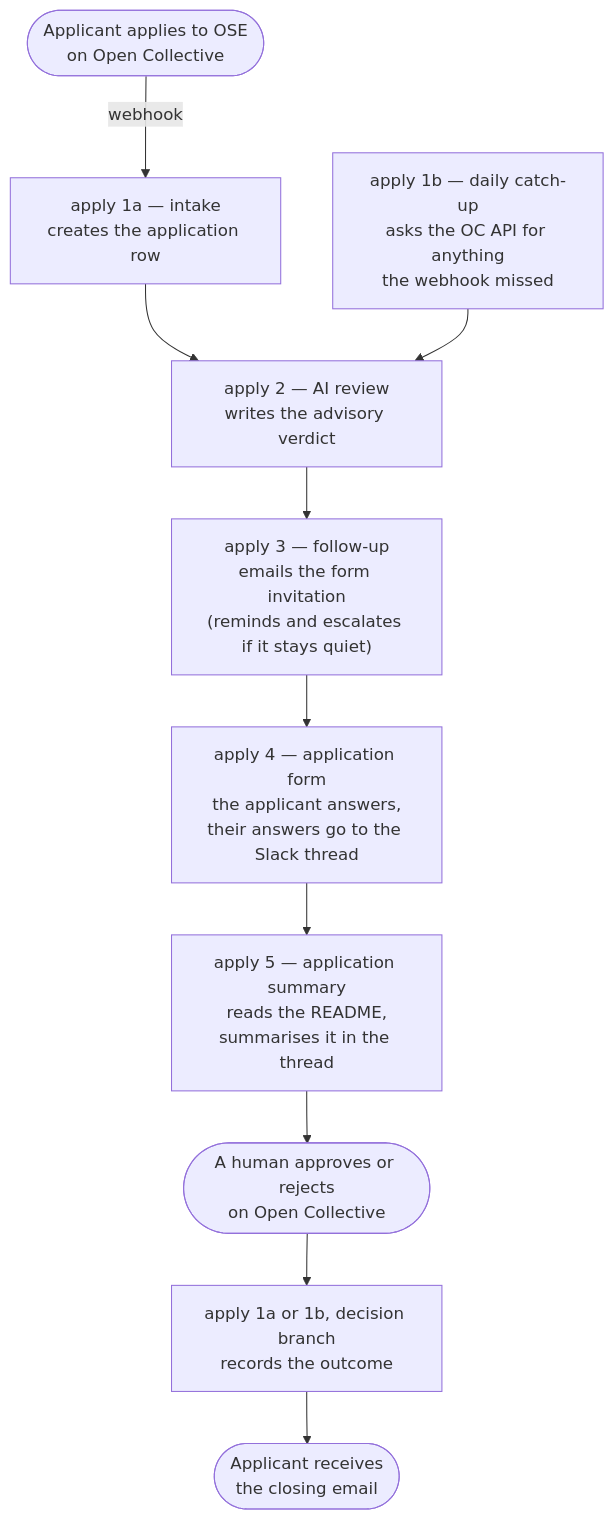
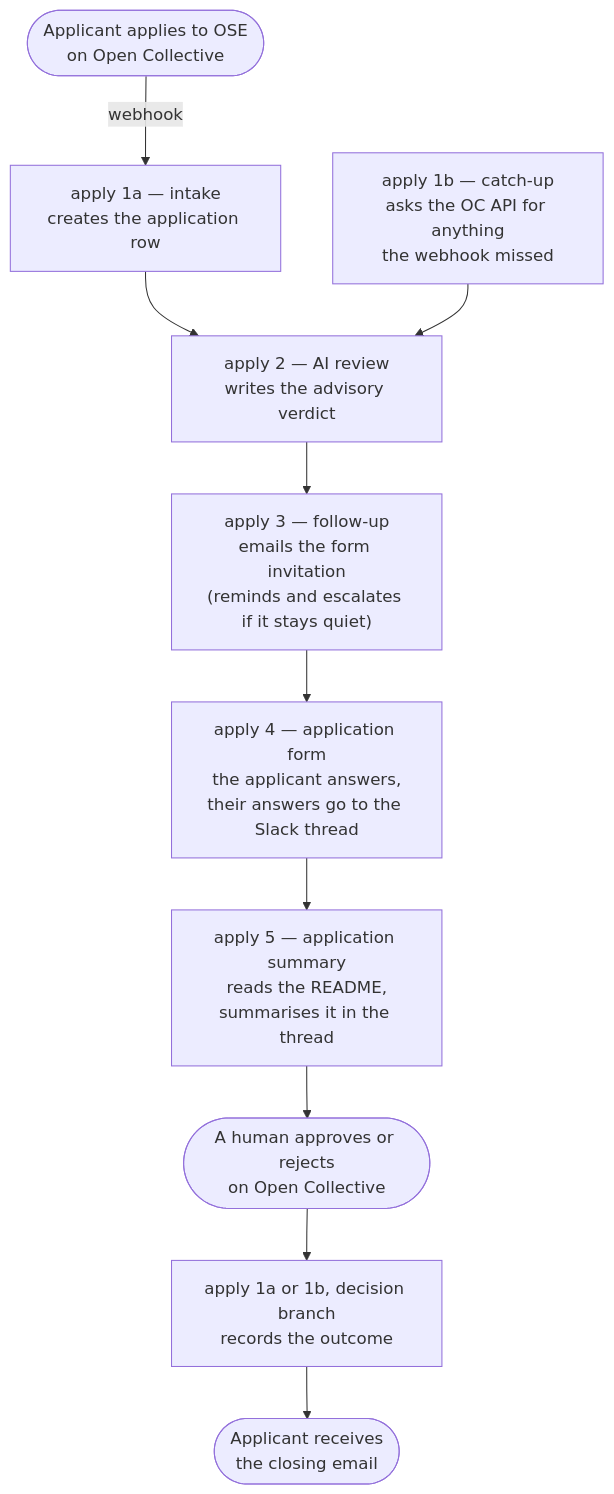
The diagram in automation/README.md (opensourceeurope/community), drawn with Mermaid before and after one commit. The commit also changed other lines of this file and 10 other files, not shown here.

````diff
--- a/automation/README.md
+++ b/automation/README.md
@@ -71,14 +72,14 @@
 ```mermaid
 flowchart TD
     START(["Applicant applies to OSE<br>on Open Collective"])
     START -->|"webhook"| A1a["apply 1a — intake<br>creates the application row"]
-    A1b["apply 1b — daily catch-up<br>asks the OC API for anything<br>the webhook missed"]
+    A1b["apply 1b — catch-up<br>asks the OC API for anything<br>the webhook missed"]
     A1a --> A2["apply 2 — AI review<br>writes the advisory verdict"]
     A1b --> A2
     A2 --> A3["apply 3 — follow-up<br>emails the form invitation<br>(reminds and escalates if it stays quiet)"]
     A3 --> A4["apply 4 — application form<br>the applicant answers,<br>their answers go to the Slack thread"]
     A4 --> A5s["apply 5 — application summary<br>reads the README,<br>summarises it in the thread"]
     A5s --> HUMAN(["A human approves or rejects<br>on Open Collective"])
     HUMAN --> A5["apply 1a or 1b, decision branch<br>records the outcome"]
     A5 --> END(["Applicant receives<br>the closing email"])
 ```
````
